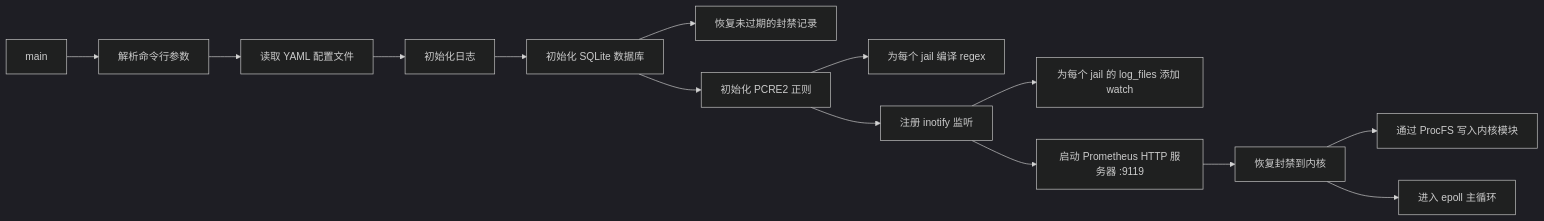
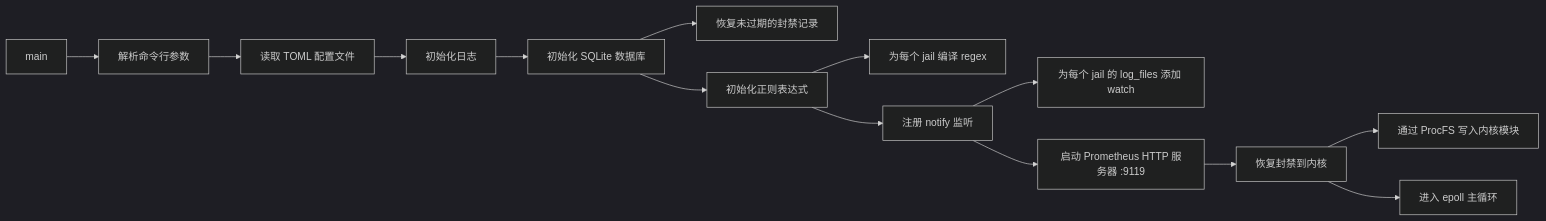
The second of 6 diagrams in docs/zh/architecture/daemon.md (SnowCore8/linux-firewall-kmod), drawn with Mermaid (dark theme) before and after one commit. The commit also changed other lines of this file and 35 other files, not shown here.

````diff
--- a/docs/zh/architecture/daemon.md
+++ b/docs/zh/architecture/daemon.md
@@ -65,16 +64,16 @@
 ```mermaid
 graph LR
     A["main"] --> B["解析命令行参数"]
-    B --> C["读取 YAML 配置文件"]
+    B --> C["读取 TOML 配置文件"]
     C --> D["初始化日志"]
     D --> E["初始化 SQLite 数据库"]
     E --> E1["恢复未过期的封禁记录"]
-    E --> F["初始化 PCRE2 正则"]
+    E --> F["初始化正则表达式"]
     F --> F1["为每个 jail 编译 regex"]
-    F --> G["注册 inotify 监听"]
+    F --> G["注册 notify 监听"]
     G --> G1["为每个 jail 的 log_files 添加 watch"]
     G --> H["启动 Prometheus HTTP 服务器 :9119"]
     H --> I["恢复封禁到内核"]
     I --> I1["通过 ProcFS 写入内核模块"]
     I --> J["进入 epoll 主循环"]
 ```
````
